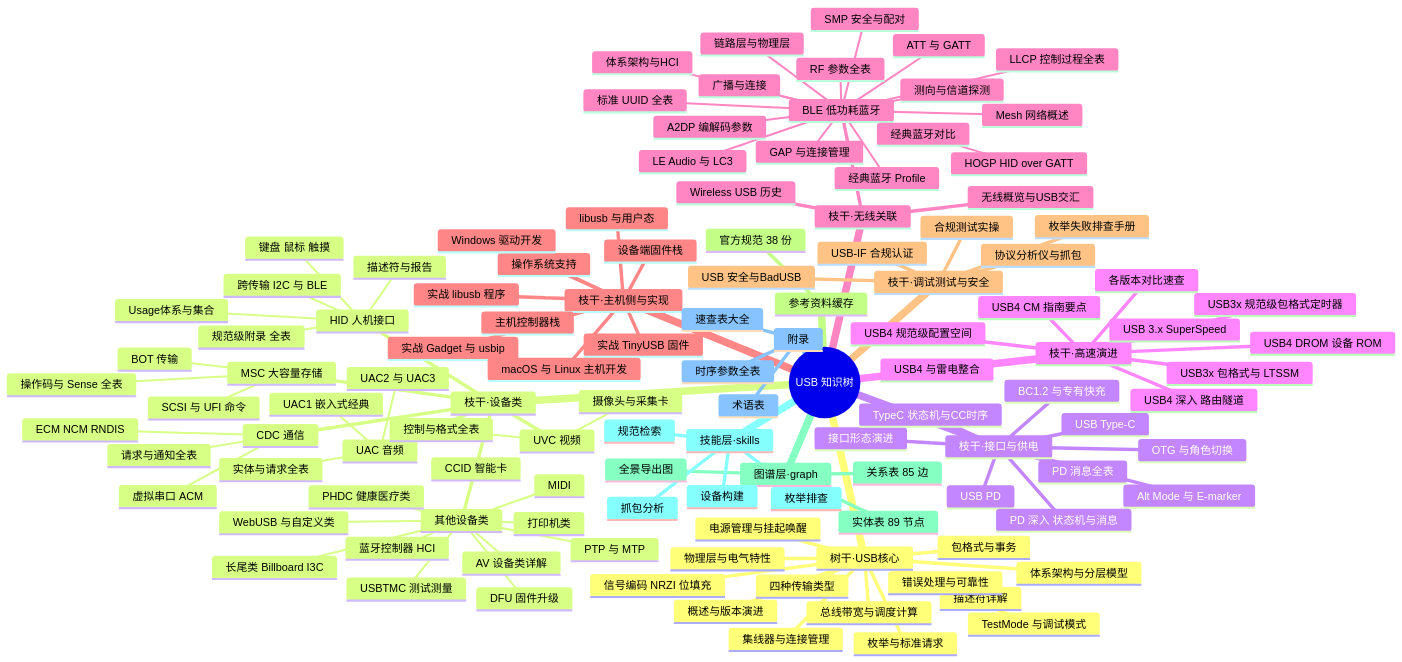
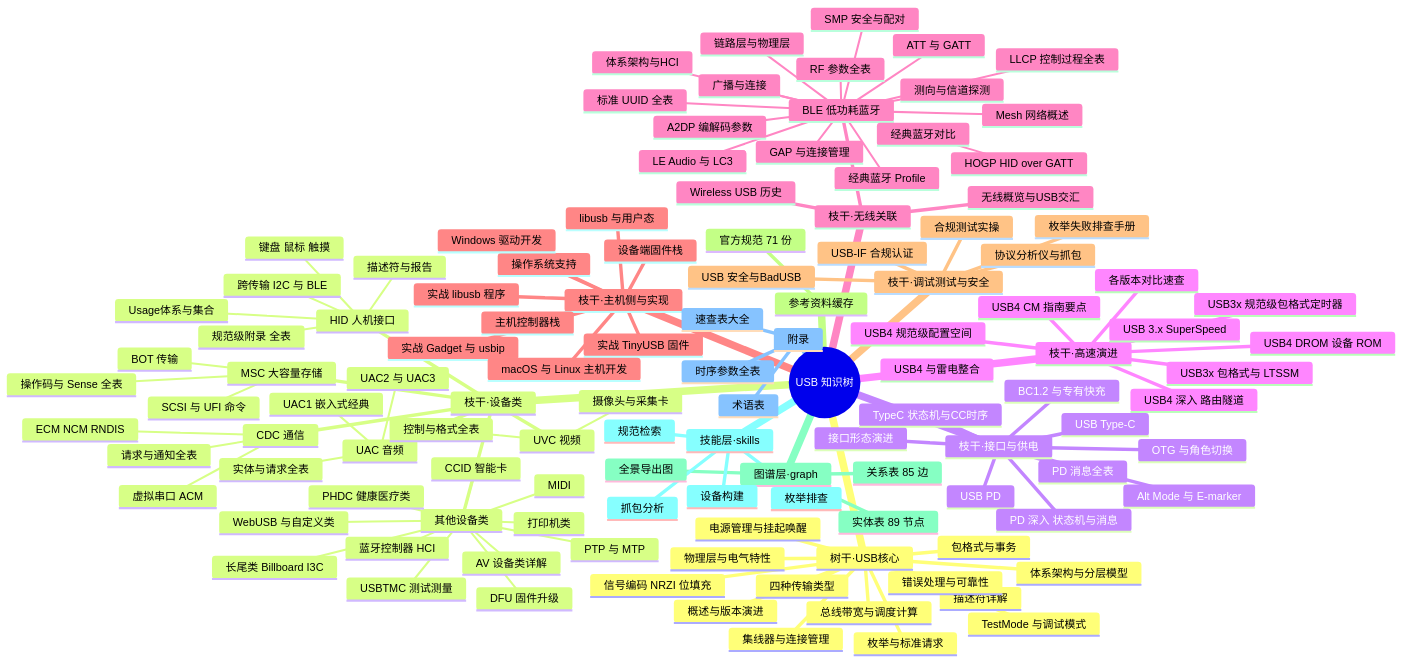
One commit to tangjianfang/USBTree changed the first of 2 diagrams in 00-知识树总图.md. Above: the diagram before and after it, drawn with Mermaid. The commit also changed other lines of this file and 55 other files, not shown here.

```diff
--- a/00-知识树总图.md
+++ b/00-知识树总图.md
@@ -128,7 +128,7 @@
       USB 安全与BadUSB
       合规测试实操
     参考资料缓存
-      官方规范 38 份
+      官方规范 71 份
     图谱层·graph
       实体表 89 节点
       关系表 85 边
```
